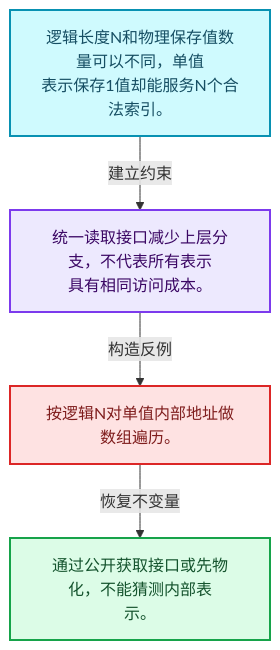
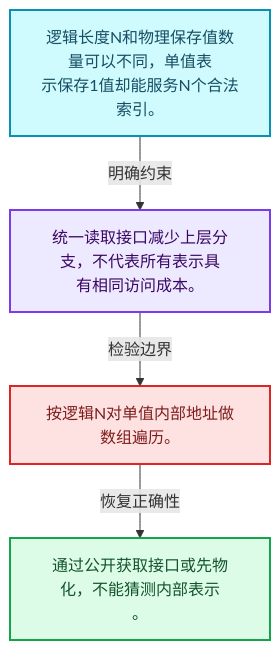
One commit to yunkezengren/blender-.vscode changed the first of 4 diagrams in 杂/markdown/全面学习-codex/04-虚拟数组与索引选择/01-VArray表示与值语义.md. Above: the diagram before and after it, drawn with Mermaid. The commit also changed other lines of this file and 1930 other files, not shown here.

````diff
--- a/杂/markdown/全面学习-codex/04-虚拟数组与索引选择/01-VArray表示与值语义.md
+++ b/杂/markdown/全面学习-codex/04-虚拟数组与索引选择/01-VArray表示与值语义.md
@@ -29,16 +29,16 @@
 ```mermaid
 flowchart TB
-  M["逻辑长度N和物理保存值数量可以不同，单值<br/>表示保存1值却能服务N个合法索引。"]:::data
-  T["统一读取接口减少上层分支，不代表所有表示<br/>具有相同访问成本。"]:::abstraction
-  X["按逻辑N对单值内部地址做数组遍历。"]:::error
-  A["通过公开获取接口或先物化，不能猜测内部表<br/>示。"]:::result
-  M -->|"建立约束"| T
-  T -->|"构造反例"| X
-  X -->|"恢复不变量"| A
+  M["逻辑长度N和物理保存值数量可以不同，单值表<br/>示保存1值却能服务N个合法索引。"]:::data
+  C["统一读取接口减少上层分支，不代表所有表示具<br/>有相同访问成本。"]:::abstraction
+  B["按逻辑N对单值内部地址做数组遍历。"]:::error
+  R["通过公开获取接口或先物化，不能猜测内部表示<br/>。"]:::result
+  M -->|"明确约束"| C
+  C -->|"检验边界"| B
+  B -->|"恢复正确性"| R
   classDef input fill:#DBEAFE,stroke:#2563EB,color:#172554,stroke-width:2px;
   classDef data fill:#CFFAFE,stroke:#0891B2,color:#164E63,stroke-width:2px;
   classDef abstraction fill:#EDE9FE,stroke:#7C3AED,color:#3B0764,stroke-width:2px;
   classDef compute fill:#FEF3C7,stroke:#D97706,color:#78350F,stroke-width:2px;
   classDef result fill:#DCFCE7,stroke:#16A34A,color:#14532D,stroke-width:2px;
   classDef error fill:#FEE2E2,stroke:#DC2626,color:#7F1D1D,stroke-width:2px;
 ```
````
